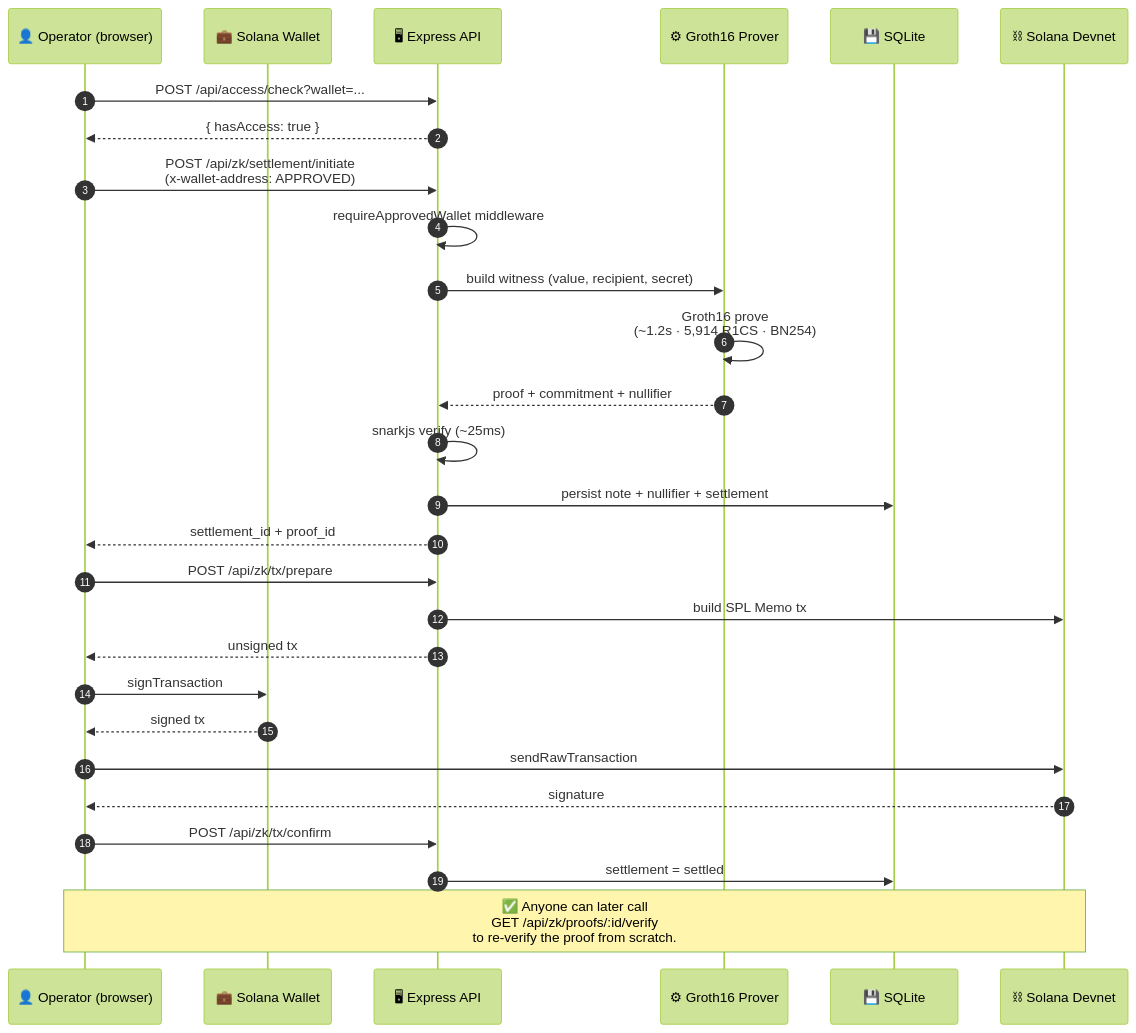
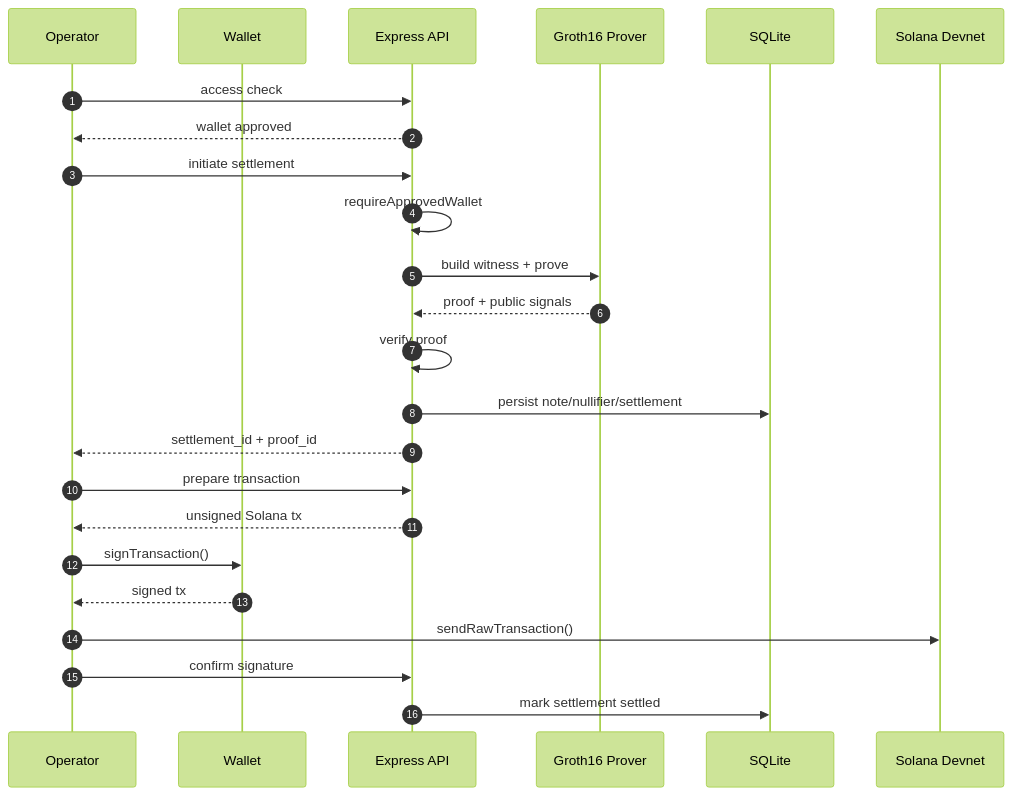
The second of 3 diagrams in README.md (zkgent/ZKGent), drawn with Mermaid (forest theme) before and after one commit. The commit also changed other lines of this file, not shown here.

Commit message:
Polish README for premium public positioning

````diff
--- a/README.md
+++ b/README.md
@@ -133,31 +147,27 @@
 ```mermaid
 sequenceDiagram
     autonumber
-    participant U as 👤 Operator (browser)
-    participant W as 💼 Solana Wallet
-    participant API as 🖥 Express API
-    participant ZK as ⚙ Groth16 Prover
-    participant DB as 💾 SQLite
-    participant SOL as ⛓ Solana Devnet
+    participant U as Operator
+    participant W as Wallet
+    participant API as Express API
+    participant P as Groth16 Prover
+    participant DB as SQLite
+    participant SOL as Solana Devnet
 
-    U->>API: POST /api/access/check?wallet=...
-    API-->>U: { hasAccess: true }
-    U->>API: POST /api/zk/settlement/initiate<br/>(x-wallet-address: APPROVED)
-    API->>API: requireApprovedWallet middleware
-    API->>ZK: build witness (value, recipient, secret)
-    ZK->>ZK: Groth16 prove<br/>(~1.2s · 5,914 R1CS · BN254)
-    ZK-->>API: proof + commitment + nullifier
-    API->>API: snarkjs verify (~25ms)
-    API->>DB: persist note + nullifier + settlement
+    U->>API: access check
+    API-->>U: wallet approved
+    U->>API: initiate settlement
+    API->>API: requireApprovedWallet
+    API->>P: build witness + prove
+    P-->>API: proof + public signals
+    API->>API: verify proof
+    API->>DB: persist note/nullifier/settlement
     API-->>U: settlement_id + proof_id
-    U->>API: POST /api/zk/tx/prepare
-    API->>SOL: build SPL Memo tx
-    API-->>U: unsigned tx
-    U->>W: signTransaction
+    U->>API: prepare transaction
+    API-->>U: unsigned Solana tx
+    U->>W: signTransaction()
     W-->>U: signed tx
-    U->>SOL: sendRawTransaction
-    SOL-->>U: signature
-    U->>API: POST /api/zk/tx/confirm
-    API->>DB: settlement = settled
-    Note over U,SOL: ✅ Anyone can later call<br/>GET /api/zk/proofs/:id/verify<br/>to re-verify the proof from scratch.
+    U->>SOL: sendRawTransaction()
+    U->>API: confirm signature
+    API->>DB: mark settlement settled
 ```
````
